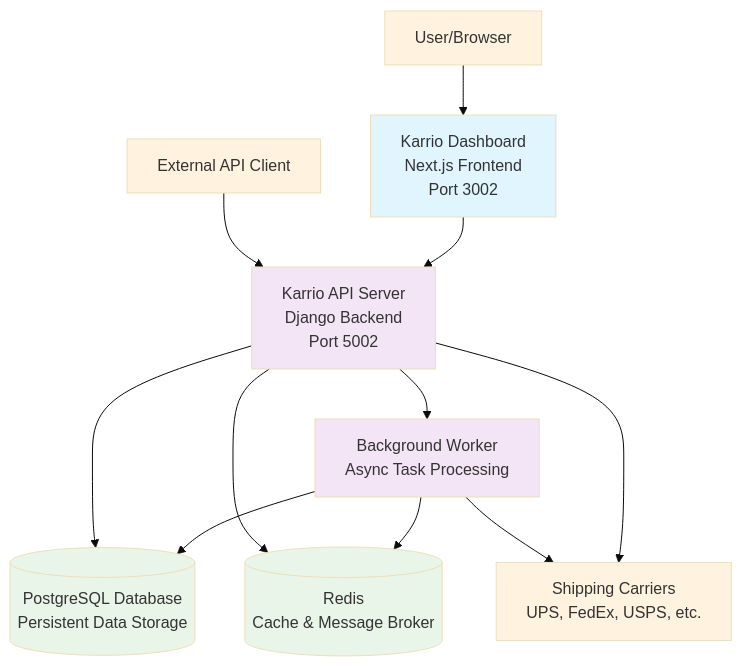
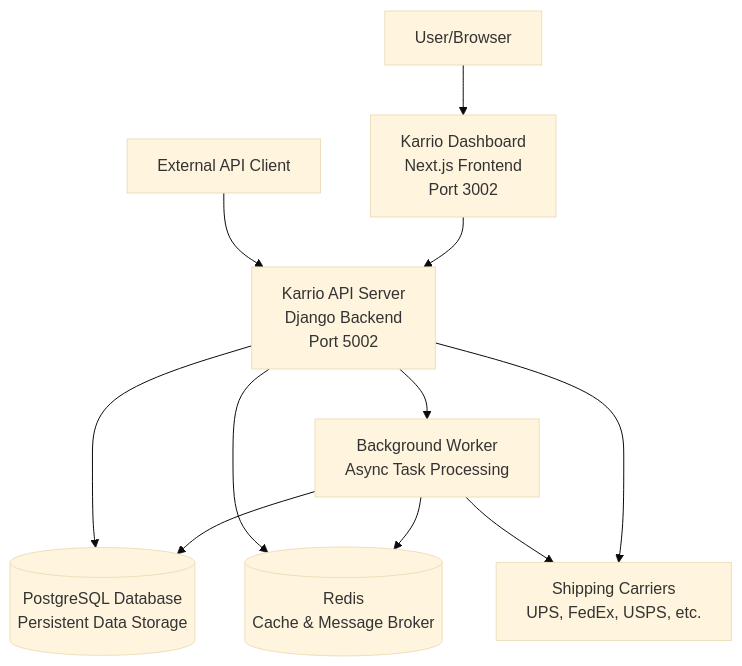
One commit to karrioapi/karrio changed the first of 2 diagrams in apps/web/src/app/docs/self-hosting/page.mdx. Above: the diagram before and after it, drawn with Mermaid (base theme). The commit also changed other lines of this file and 34 other files, not shown here.

````diff
--- a/apps/web/src/app/docs/self-hosting/page.mdx
+++ b/apps/web/src/app/docs/self-hosting/page.mdx
@@ -23,43 +23,40 @@
 ```mermaid
 graph TB
     %% External
     User[User/Browser]
     API_Client[External API Client]
 
     %% Frontend
     Dashboard[Karrio Dashboard<br/>Next.js Frontend<br/>Port 3002]
 
     %% Backend Services
     API[Karrio API Server<br/>Django Backend<br/>Port 5002]
     Worker[Background Worker<br/>Async Task Processing]
 
     %% Data Layer
     DB[(PostgreSQL Database<br/>Persistent Data Storage)]
     Redis[(Redis<br/>Cache & Message Broker)]
 
     %% External Services
     Carriers[Shipping Carriers<br/>UPS, FedEx, USPS, etc.]
 
     %% Connections
     User --> Dashboard
     API_Client --> API
     Dashboard --> API
     API --> DB
     API --> Redis
     API --> Worker
     Worker --> DB
     Worker --> Redis
     Worker --> Carriers
     API --> Carriers
 
-    %% Styling
-    classDef frontend fill:#e1f5fe
-    classDef backend fill:#f3e5f5
-    classDef data fill:#e8f5e8
-    classDef external fill:#fff3e0
+    
+    
 
     class Dashboard frontend
     class API,Worker backend
     class DB,Redis data
     class User,API_Client,Carriers external
 ```
````
